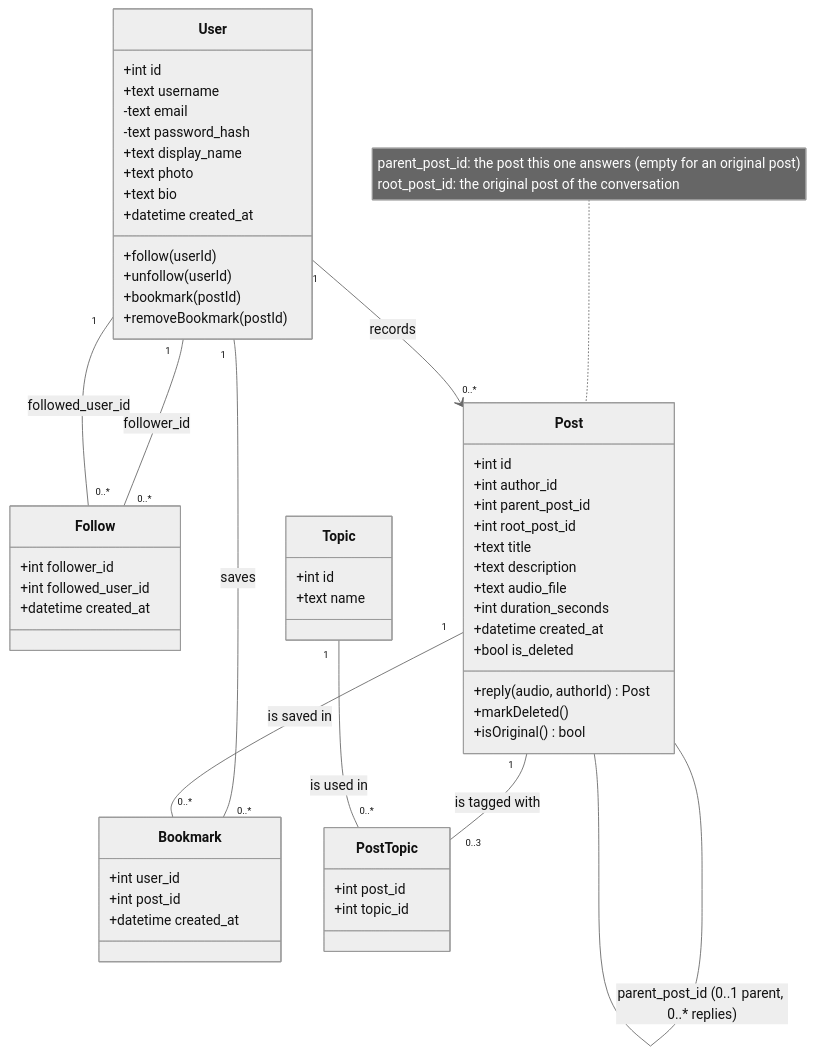
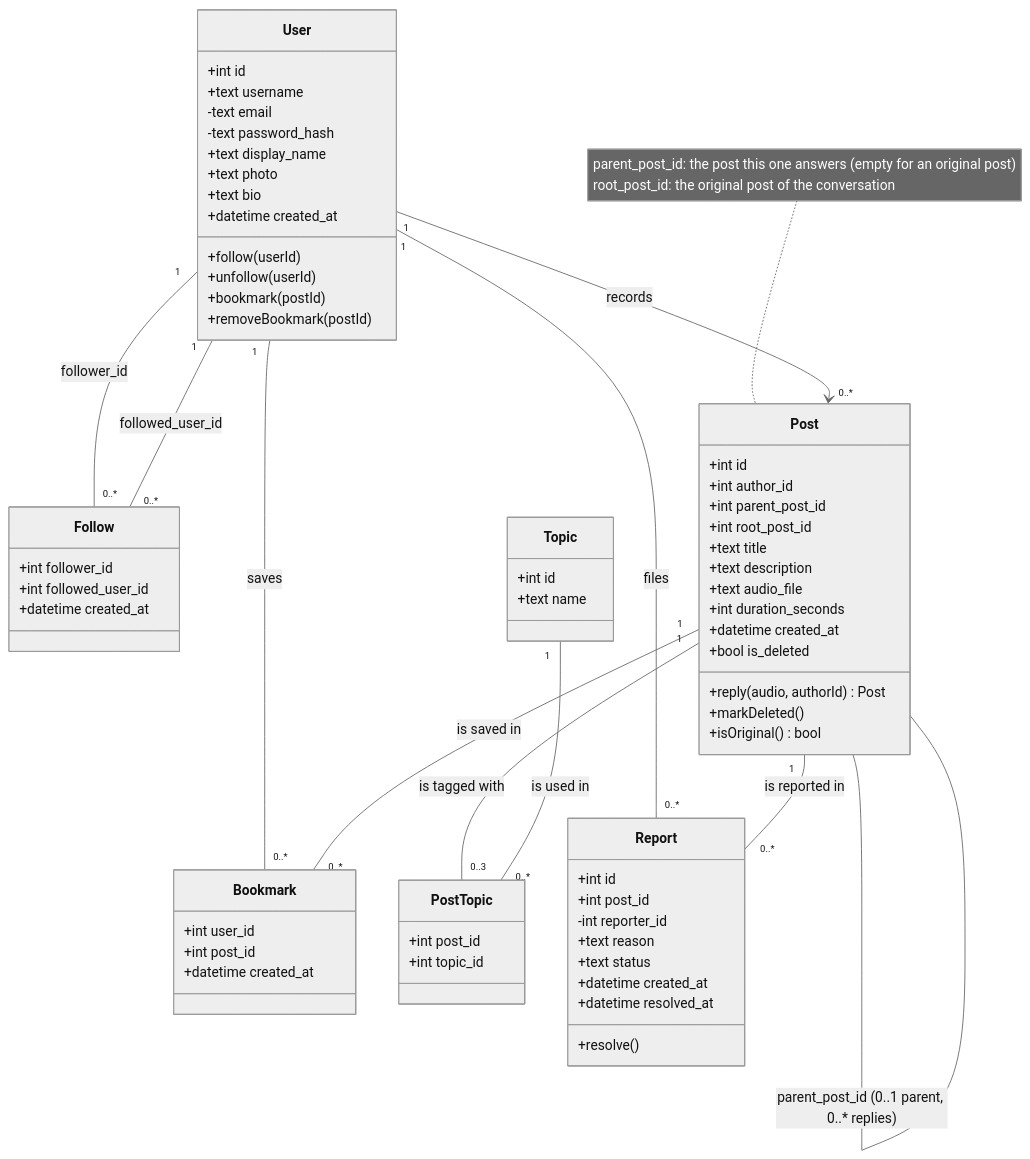
The diagram in docs/uml/class.md (alafwaj/VoiceThread), drawn with Mermaid (neutral theme) before and after one commit. The commit also changed other lines of this file, not shown here.

Commit message:
docs(uml): add Report class for the reports route

````diff
--- a/docs/uml/class.md
+++ b/docs/uml/class.md
@@ -12,68 +12,81 @@
 ```mermaid
 classDiagram
     direction TB
 
     class Follow {
         +int follower_id
         +int followed_user_id
         +datetime created_at
     }
 
     class User {
         +int id
         +text username
         -text email
         -text password_hash
         +text display_name
         +text photo
         +text bio
         +datetime created_at
         +follow(userId)
         +unfollow(userId)
         +bookmark(postId)
         +removeBookmark(postId)
     }
 
     class Post {
         +int id
         +int author_id
         +int parent_post_id
         +int root_post_id
         +text title
         +text description
         +text audio_file
         +int duration_seconds
         +datetime created_at
         +bool is_deleted
         +reply(audio, authorId) Post
         +markDeleted()
         +isOriginal() bool
     }
 
     class Bookmark {
         +int user_id
         +int post_id
         +datetime created_at
     }
 
     class PostTopic {
         +int post_id
         +int topic_id
     }
 
     class Topic {
         +int id
         +text name
     }
 
+    class Report {
+        +int id
+        +int post_id
+        -int reporter_id
+        +text reason
+        +text status
+        +datetime created_at
+        +datetime resolved_at
+        +resolve()
+    }
+
     User "1" -- "0..*" Follow : follower_id
     User "1" -- "0..*" Follow : followed_user_id
     User "1" --> "0..*" Post : records
     User "1" -- "0..*" Bookmark : saves
     Post -- Post : parent_post_id (0..1 parent, 0..* replies)
     Post "1" -- "0..*" Bookmark : is saved in
     Post "1" -- "0..3" PostTopic : is tagged with
     Topic "1" -- "0..*" PostTopic : is used in
+    User "1" -- "0..*" Report : files
+    Post "1" -- "0..*" Report : is reported in
 
     note for Post "parent_post_id: the post this one answers (empty for an original post)<br>root_post_id: the original post of the conversation"
 ```
````
